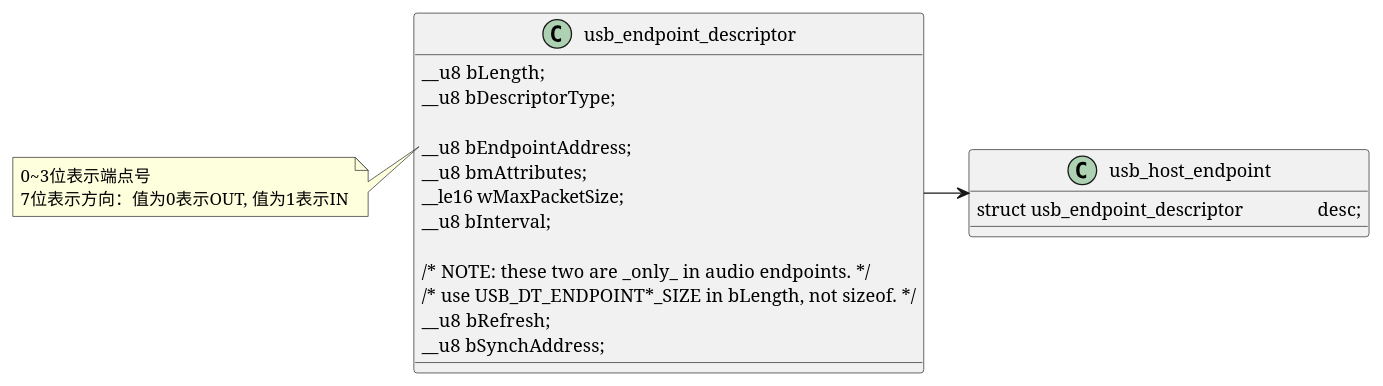
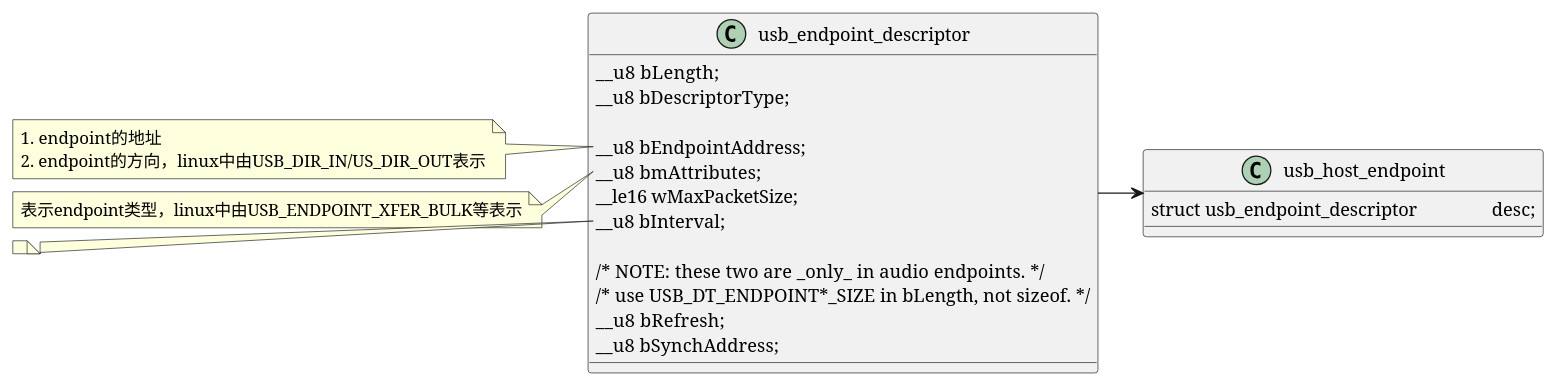
One commit to ray-jk-hong/ray-jk-hong.github.io changed the diagram in source/_posts/USB驱动.md. Above: the diagram before and after it, drawn with PlantUML.

```diff
--- a/source/_posts/USB驱动.md
+++ b/source/_posts/USB驱动.md
@@ -40,27 +40,36 @@
 {% plantuml %}
+allowmixing
+
 class usb_endpoint_descriptor {
 	__u8  bLength;
 	__u8  bDescriptorType;
 
 	__u8  bEndpointAddress;
 	__u8  bmAttributes;
 	__le16 wMaxPacketSize;
 	__u8  bInterval;
 
 	/* NOTE:  these two are _only_ in audio endpoints. */
 	/* use USB_DT_ENDPOINT*_SIZE in bLength, not sizeof. */
 	__u8  bRefresh;
 	__u8  bSynchAddress;
 }
 
 class usb_host_endpoint {
     struct usb_endpoint_descriptor		desc;
 }
 
 usb_endpoint_descriptor -> usb_host_endpoint
 
 note left of usb_endpoint_descriptor::bEndpointAddress
-    0~3位表示端点号
-    7位表示方向：值为0表示OUT, 值为1表示IN
+    1. endpoint的地址
+    2. endpoint的方向，linux中由USB_DIR_IN/US_DIR_OUT表示
+end note
+
+note left of usb_endpoint_descriptor::bmAttributes
+    表示endpoint类型，linux中由USB_ENDPOINT_XFER_BULK等表示
+end note
+
+note left of usb_endpoint_descriptor::bInterval
 end note
 {% endplantuml %}
```
